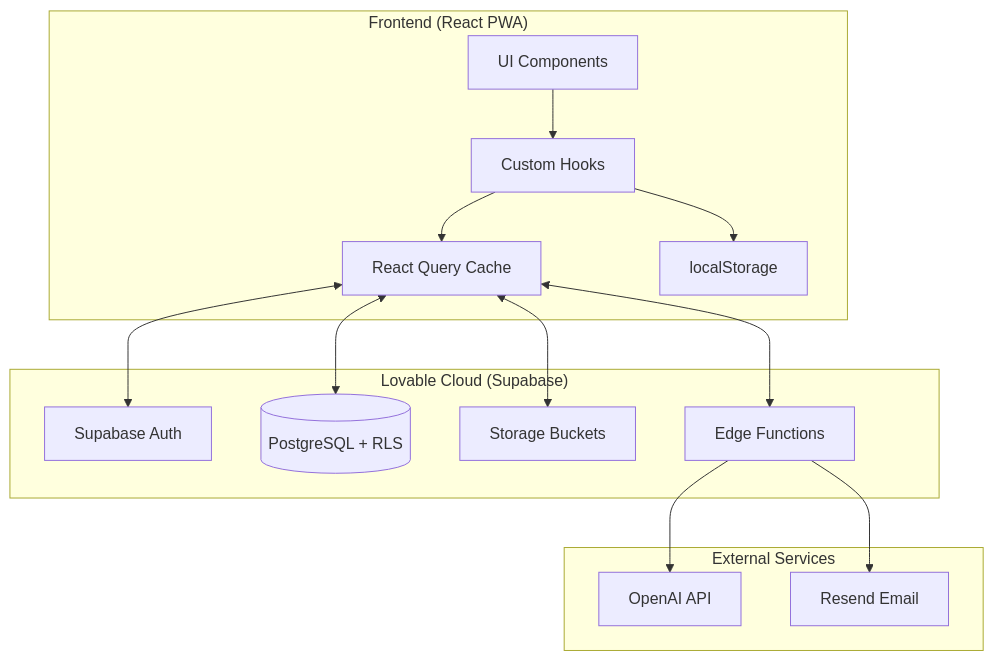
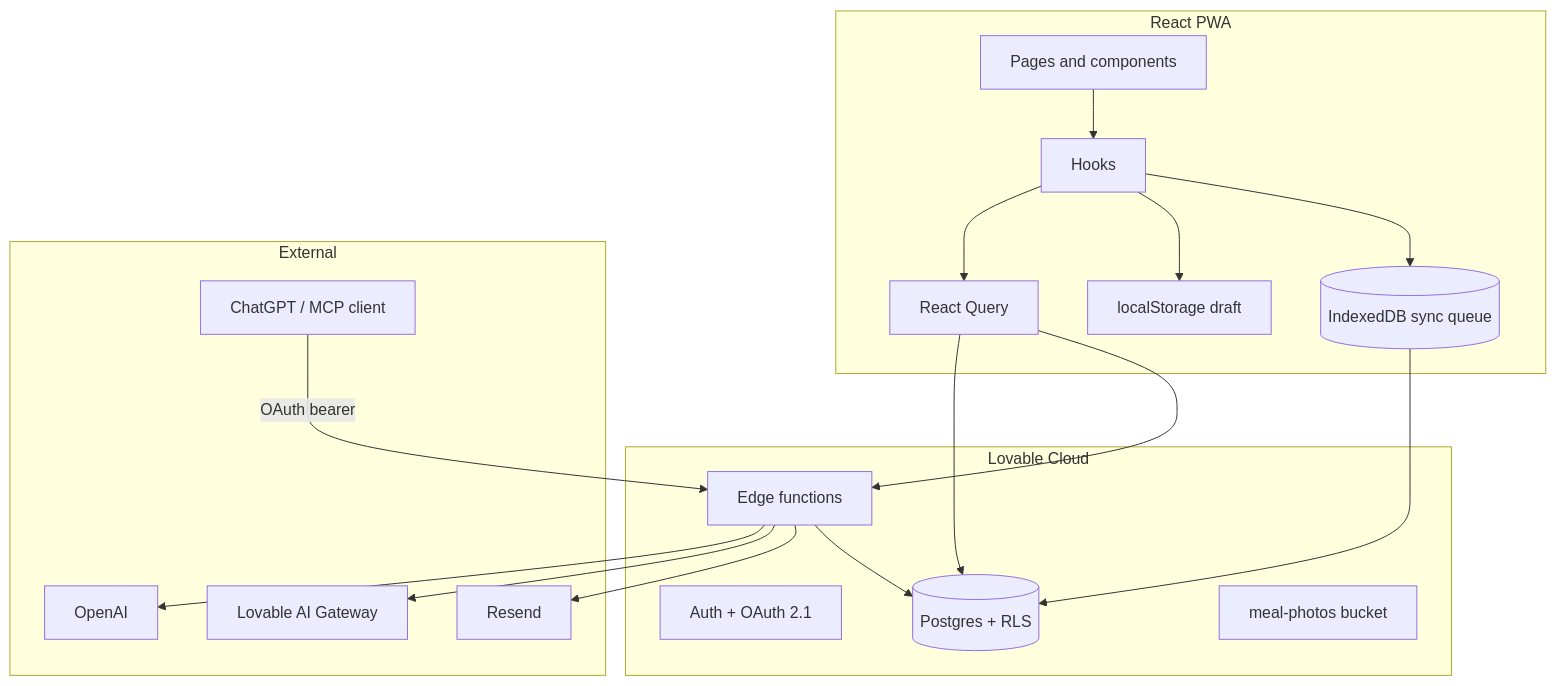
One commit to Imdavid21/reptrack changed the first of 2 diagrams in README.md. Above: the diagram before and after it, drawn with Mermaid. The commit also changed other lines of this file, not shown here.

````diff
--- a/README.md
+++ b/README.md
@@ -164,31 +95,29 @@
 ```mermaid
 flowchart TB
-    subgraph Client["Frontend (React PWA)"]
-        UI[UI Components]
-        Hooks[Custom Hooks]
-        RQ[React Query Cache]
-        LS[localStorage]
+    subgraph Client["React PWA"]
+        UI[Pages and components]
+        Hooks[Hooks]
+        RQ[React Query]
+        LS[localStorage draft]
+        IDB[(IndexedDB sync queue)]
     end
-
-    subgraph Backend["Lovable Cloud (Supabase)"]
-        Auth[Supabase Auth]
-        DB[(PostgreSQL + RLS)]
-        Storage[Storage Buckets]
-        Edge[Edge Functions]
+    subgraph Cloud["Lovable Cloud"]
+        Auth[Auth + OAuth 2.1]
+        DB[(Postgres + RLS)]
+        Store[meal-photos bucket]
+        Edge[Edge functions]
     end
-
-    subgraph External["External Services"]
-        OAI[OpenAI API]
-        RE[Resend Email]
+    subgraph Ext["External"]
+        OAI[OpenAI]
+        LAI[Lovable AI Gateway]
+        RE[Resend]
+        GPT[ChatGPT / MCP client]
     end
-
-    UI --> Hooks
-    Hooks --> RQ
+    UI --> Hooks --> RQ --> DB
     Hooks --> LS
-    RQ <--> Auth
-    RQ <--> DB
-    RQ <--> Storage
-    RQ <--> Edge
-    Edge --> OAI
-    Edge --> RE
+    Hooks --> IDB --> DB
+    RQ --> Edge
+    Edge --> OAI & LAI & RE
+    GPT -->|OAuth bearer| Edge
+    Edge --> DB
 ```
````
